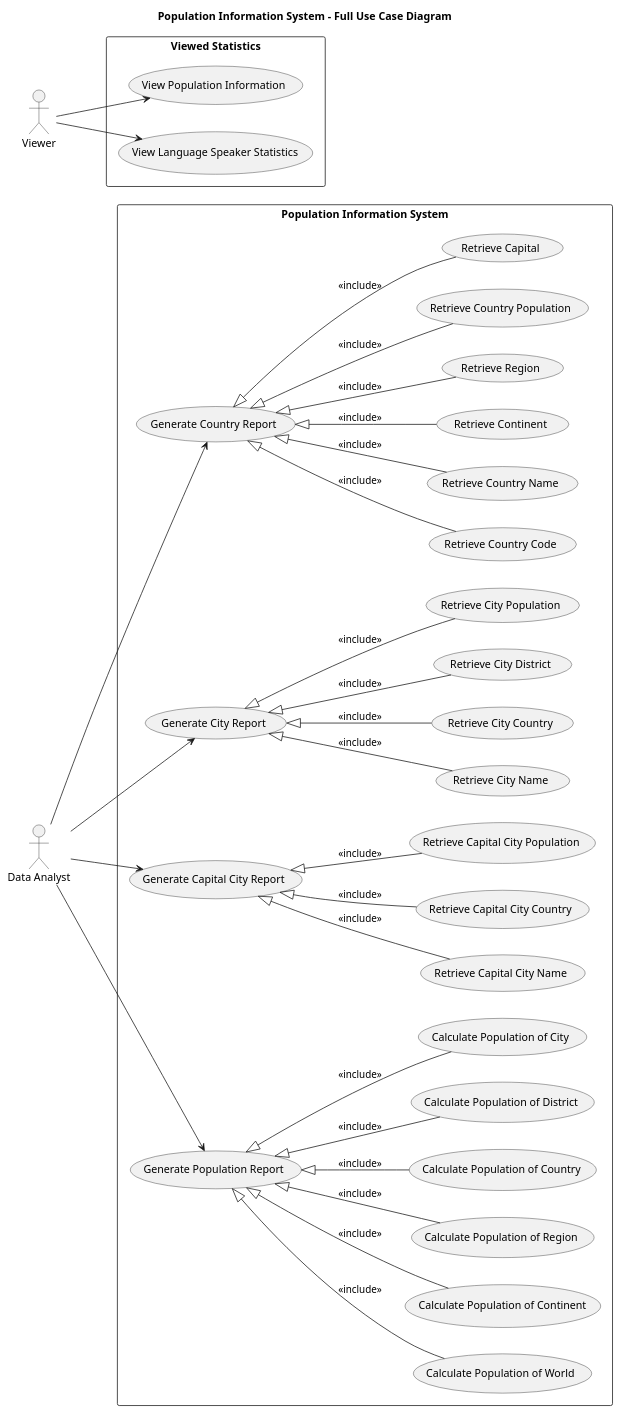
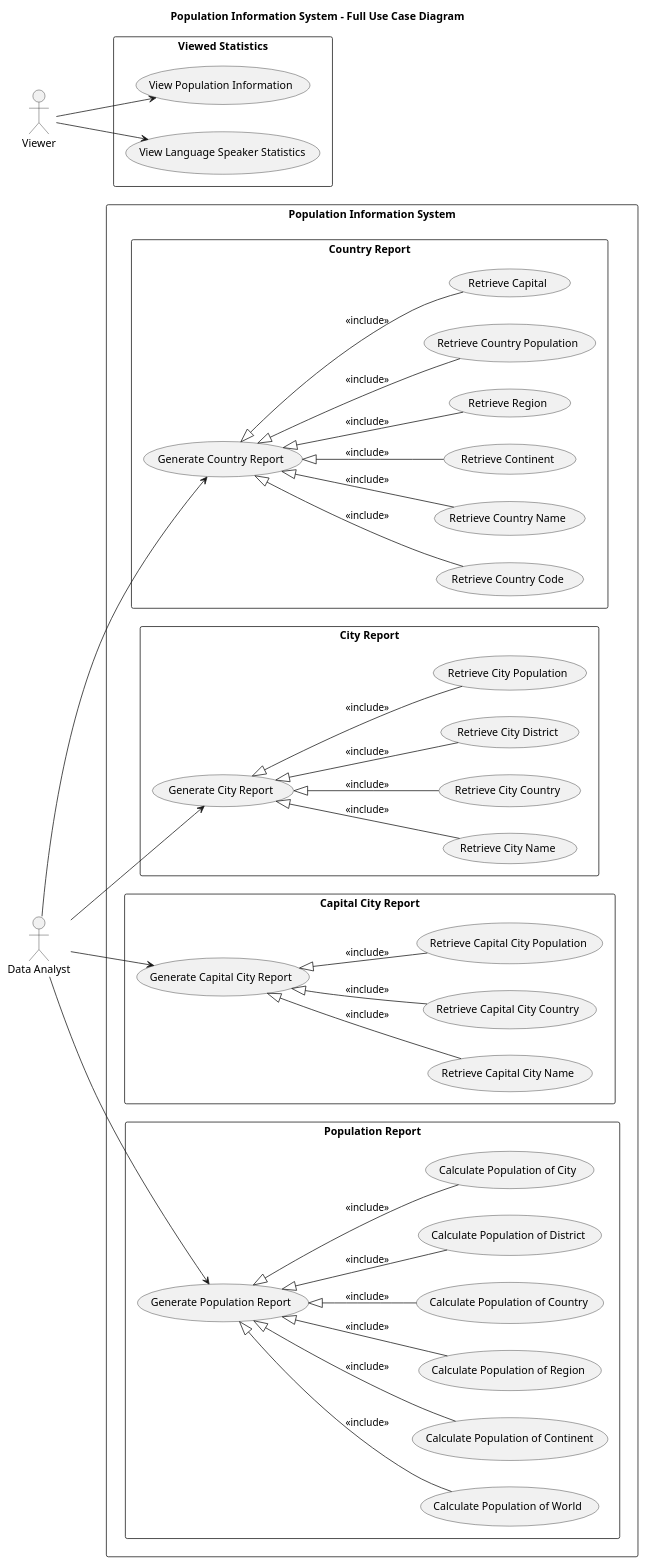
Before and after one commit to AndrewJohnMunn/SEM-Group-1: the diagram in SystemUseCase.puml, drawn with PlantUML.

Commit message:
SystemUseCase updated

```diff
--- a/SystemUseCase.puml
+++ b/SystemUseCase.puml
@@ -1,95 +1,101 @@
 @startuml
 
+
 left to right direction
+
 title Population Information System - Full Use Case Diagram
 
 
 actor "Data Analyst" as Analyst
 actor "Viewer" as Viewer
 
 
 
 rectangle "Population Information System" as System {
 
-    usecase "Generate Country Report" as CountryReport
+rectangle "Country Report" {
+        usecase "Generate Country Report" as CountryReport
+        usecase "Retrieve Country Code" as CountryCode
+        usecase "Retrieve Country Name" as CountryName
+        usecase "Retrieve Continent" as CountryContinent
+        usecase "Retrieve Region" as CountryRegion
+        usecase "Retrieve Country Population" as CountryPopulation
+        usecase "Retrieve Capital" as CountryCapital
+}
+
+rectangle "City Report" {
     usecase "Generate City Report" as CityReport
-    usecase "Generate Capital City Report" as CapitalCityReport
-    usecase "Generate Population Report" as PopulationReport
-
-    usecase "Retrieve Country Code" as CountryCode
-    usecase "Retrieve Country Name" as CountryName
-    usecase "Retrieve Continent" as CountryContinent
-    usecase "Retrieve Region" as CountryRegion
-    usecase "Retrieve Country Population" as CountryPopulation
-    usecase "Retrieve Capital" as CountryCapital
-
-
     usecase "Retrieve City Name" as CityName
     usecase "Retrieve City Country" as CityCountry
     usecase "Retrieve City District" as CityDistrict
     usecase "Retrieve City Population" as CityPopulation
 
+}
 
-    usecase "Retrieve Capital City Name" as CapName
-    usecase "Retrieve Capital City Country" as CapCountry
-    usecase "Retrieve Capital City Population" as CapPopulation
+rectangle "Capital City Report" {
+     usecase "Generate Capital City Report" as CapitalCityReport
+     usecase "Retrieve Capital City Name" as CapName
+     usecase "Retrieve Capital City Country" as CapCountry
+     usecase "Retrieve Capital City Population" as CapPopulation
 
+
+ }
+
+
+rectangle "Population Report"{
+
+    usecase "Generate Population Report" as PopulationReport
 
     usecase "Calculate Population of World" as PopWorld
     usecase "Calculate Population of Continent" as PopContinent
     usecase "Calculate Population of Region" as PopRegion
     usecase "Calculate Population of Country" as PopCountry
     usecase "Calculate Population of District" as PopDistrict
     usecase "Calculate Population of City" as PopCity
-
-
+}
 
 }
 rectangle "Viewed Statistics" {
  usecase "View Population Information" as ViewPopulation
     usecase "View Language Speaker Statistics" as ViewLanguageStats
 }
 
 Analyst --> CountryReport
 Analyst --> CityReport
 Analyst --> CapitalCityReport
 Analyst --> PopulationReport
 
 
 CountryReport <|-- CountryCode : <<include>>
 CountryReport <|-- CountryName : <<include>>
 CountryReport <|-- CountryContinent : <<include>>
 CountryReport <|-- CountryRegion : <<include>>
 CountryReport <|-- CountryPopulation : <<include>>
 CountryReport <|-- CountryCapital : <<include>>
 
 
 CityReport <|-- CityName : <<include>>
 CityReport <|-- CityCountry : <<include>>
 CityReport <|-- CityDistrict : <<include>>
 CityReport <|-- CityPopulation : <<include>>
 
 
 CapitalCityReport <|-- CapName : <<include>>
 CapitalCityReport <|-- CapCountry : <<include>>
 CapitalCityReport <|-- CapPopulation : <<include>>
 
 
 PopulationReport <|-- PopWorld : <<include>>
 PopulationReport <|-- PopContinent : <<include>>
 PopulationReport <|-- PopRegion : <<include>>
 PopulationReport <|-- PopCountry : <<include>>
 PopulationReport <|-- PopDistrict : <<include>>
 PopulationReport <|-- PopCity : <<include>>
 
 
 Viewer --> ViewPopulation
 Viewer --> ViewLanguageStats
 
 
 
-
-
-
-
 @enduml
```
